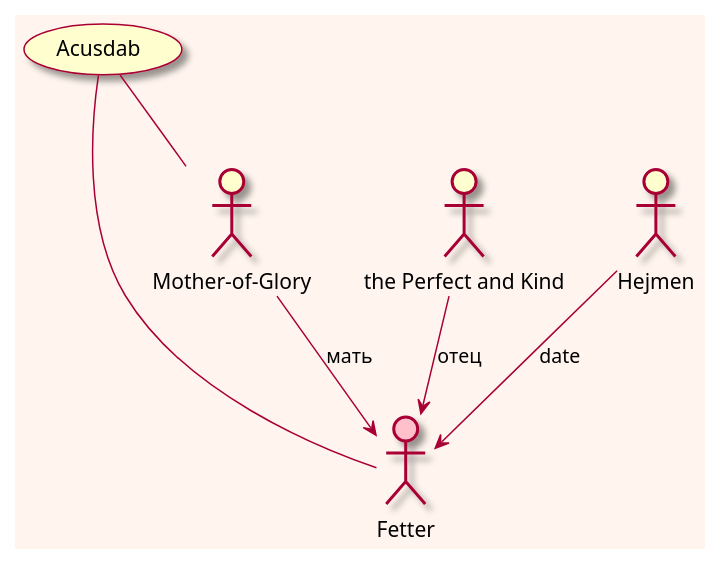
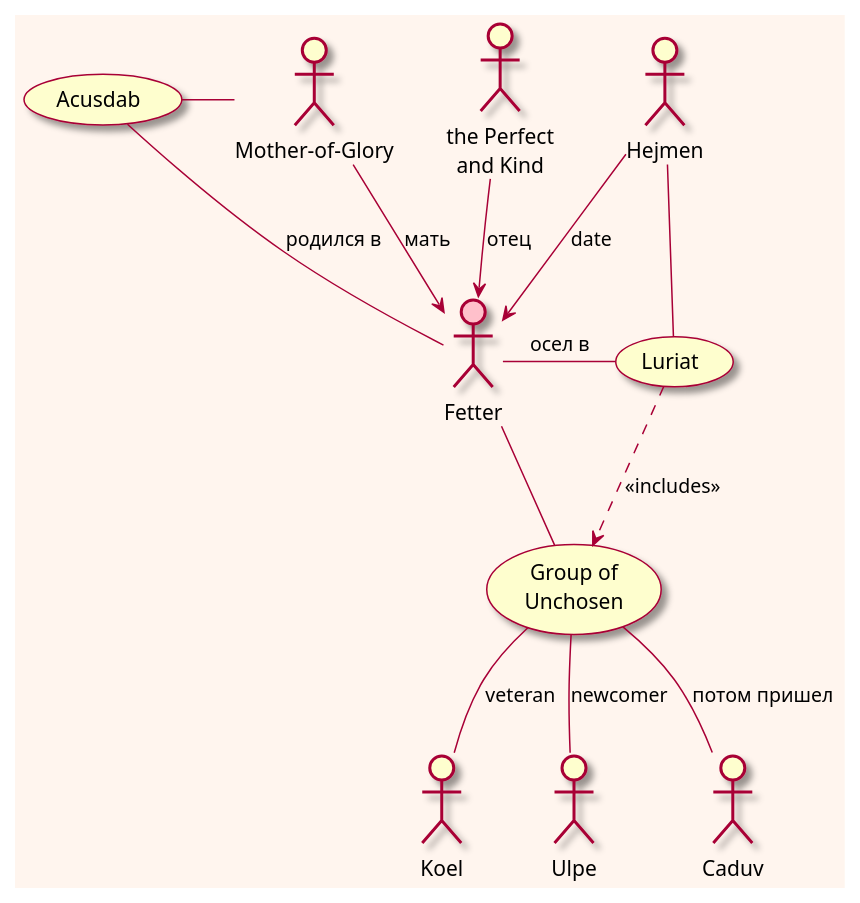
The diagram in The Saint of Bright Doors/The Saint of Bright Doors.puml (olek3/reading), drawn with PlantUML before and after one commit. The commit also changed 1 other file, not shown here.

```diff
--- a/The Saint of Bright Doors/The Saint of Bright Doors.puml
+++ b/The Saint of Bright Doors/The Saint of Bright Doors.puml
@@ -1,27 +1,50 @@
 @startuml
 
 'left to right direction
 skin rose
 skinparam backgroundcolor seashell
+skinparam wrapwidth 100
 
 
 ' Chapter 1
 
 :Fetter: as fetter #pink
 
 :Mother-of-Glory: as mother
 
 :the Perfect and Kind: as father
 
 
 mother --> fetter : мать
 father --> fetter : отец
 
-(Acusdab) -- mother
-(Acusdab)-- fetter
+(Acusdab) - mother
+(Acusdab) - fetter : родился в
 
 ' Chapter 3
 :Hejmen: as hejmen
 
-hejmen --> fetter : date 
+hejmen --> fetter : date
+
+(Luriat) as luriat
+
+hejmen -- luriat
+fetter - luriat : осел в
+
+(Group of Unchosen) as group
+
+luriat .> group : <<includes>>
+
+:Koel:
+:Ulpe:
+
+fetter -- group
+
+group -- :Koel: : veteran
+group -- :Ulpe: : newcomer
+
+' Chapter 4
+
+group -- :Caduv: : потом пришел
+
 @enduml
```
